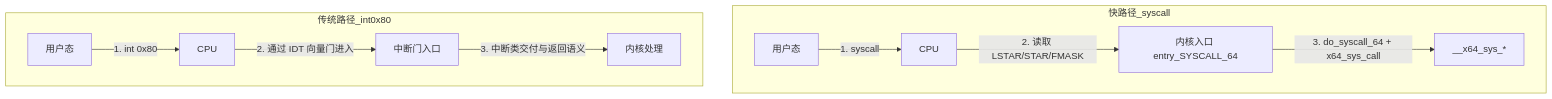
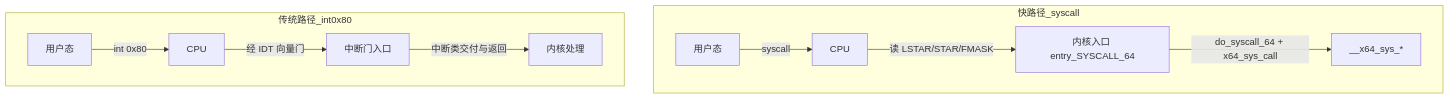
One commit to liweinan/liweinan.github.io changed the third of 4 diagrams in _posts/2026-03-30-x86-64-syscall-idt-linux-kernel-sdm.md. Above: the diagram before and after it, drawn with Mermaid. The commit also changed other lines of this file, not shown here.

First line of the commit message:
docs(post): syscall/IDT 长文改用标题层级替代章节编号

````diff
--- a/_posts/2026-03-30-x86-64-syscall-idt-linux-kernel-sdm.md
+++ b/_posts/2026-03-30-x86-64-syscall-idt-linux-kernel-sdm.md
@@ -654,14 +654,14 @@
 ```mermaid
 graph TD
     subgraph 快路径_syscall
-    A[用户态] -->|1. syscall| B[CPU]
-    B -->|2. 读取 LSTAR/STAR/FMASK| C[内核入口 entry_SYSCALL_64]
-    C -->|3. do_syscall_64 + x64_sys_call| D[__x64_sys_*]
+    A[用户态] -->|syscall| B[CPU]
+    B -->|读 LSTAR/STAR/FMASK| C[内核入口 entry_SYSCALL_64]
+    C -->|do_syscall_64 + x64_sys_call| D[__x64_sys_*]
     end
 
     subgraph 传统路径_int0x80
-    E[用户态] -->|1. int 0x80| F[CPU]
-    F -->|2. 通过 IDT 向量门进入| G[中断门入口]
-    G -->|3. 中断类交付与返回语义| H[内核处理]
+    E[用户态] -->|int 0x80| F[CPU]
+    F -->|经 IDT 向量门| G[中断门入口]
+    G -->|中断类交付与返回| H[内核处理]
     end
 ```
````
